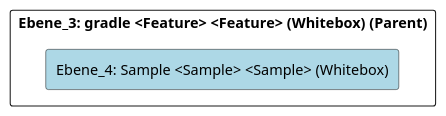
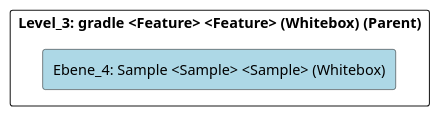
The diagram in doc/cleonproject_deliverables_architecture_model_architecture/adoc/de/05_bausteinsicht/cleon/building/gradle/sample/ebene_4_sample.adoc (marcozwyssig/cleon), drawn with PlantUML before and after one commit. The commit also changed other lines of this file and 169 other files, not shown here.

```diff
--- a/doc/cleonproject_deliverables_architecture_model_architecture/adoc/de/05_bausteinsicht/cleon/building/gradle/sample/ebene_4_sample.adoc
+++ b/doc/cleonproject_deliverables_architecture_model_architecture/adoc/de/05_bausteinsicht/cleon/building/gradle/sample/ebene_4_sample.adoc
@@ -20,24 +20,24 @@
 [plantuml, Ebene_4: Sample <Sample> <Sample> (Whitebox)BlockOverview, format="svg"]
 ----
 @startuml Ebene_4: Sample <Sample> <Sample> (Whitebox)BuildingBlockOverview
 
 skinparam ranksep 10
 skinparam componentStyle rectangle
 skinparam shadowing false
 skinparam arrowColor lightblue
 skinparam arrowThickness 1.2
 skinparam rectangle {
   BackgroundColor White
   BorderColor #333
   RoundCorner 10
 }
 top to bottom direction
 
-component "Ebene_3: gradle <Feature> <Feature> (Whitebox) (Parent)" {
+component "Level_3: gradle <Feature> <Feature> (Whitebox) (Parent)" {
     component "Ebene_4: Sample <Sample> <Sample> (Whitebox)" #lightblue {
     }
 
 }
 
 @enduml
 ----
```
